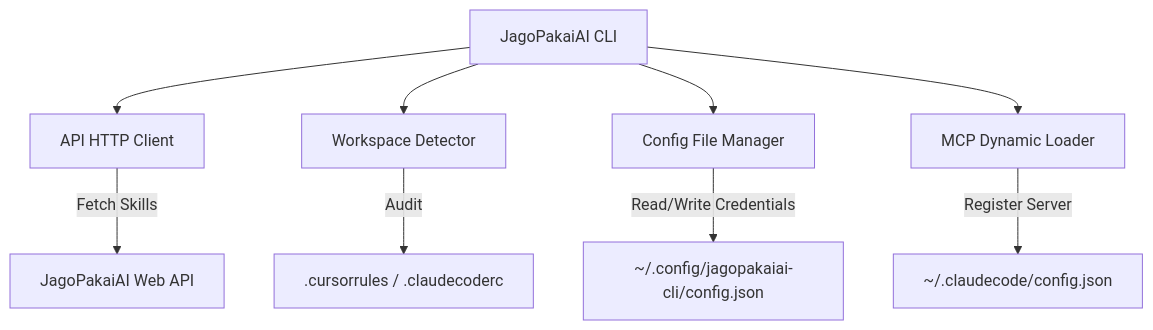
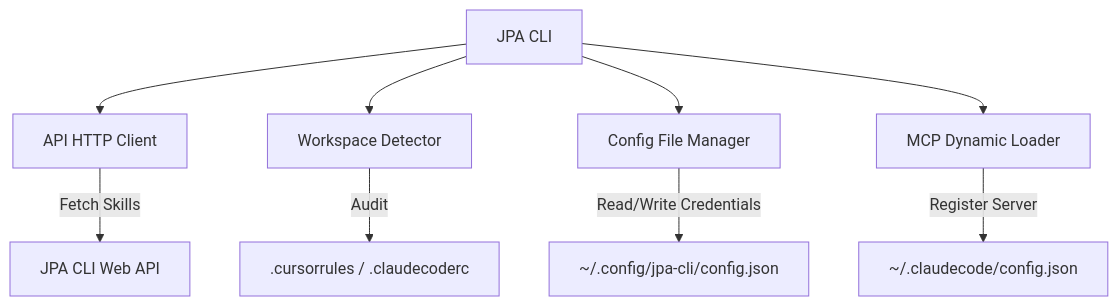
Before and after one commit to jagopakaiai/jpa-cli: the diagram in docs/architecture.md, drawn with Mermaid. The commit also changed other lines of this file and 35 other files, not shown here.

First line of the commit message:
rebrand: JagoPakaiAI CLI -> @jagopakaiai/jpa-cli v1.2.0

````diff
--- a/docs/architecture.md
+++ b/docs/architecture.md
@@ -11,12 +11,12 @@
 ```mermaid
 graph TD
-    CLI[JagoPakaiAI CLI] --> APIClient[API HTTP Client]
+    CLI[JPA CLI] --> APIClient[API HTTP Client]
     CLI --> Detector[Workspace Detector]
     CLI --> Config[Config File Manager]
     CLI --> MCPUtility[MCP Dynamic Loader]
     
-    APIClient -->|Fetch Skills| JagoAPI[JagoPakaiAI Web API]
+    APIClient -->|Fetch Skills| JagoAPI[JPA CLI Web API]
     Detector -->|Audit| Workspace[.cursorrules / .claudecoderc]
-    Config -->|Read/Write Credentials| GlobalStore[~/.config/jagopakaiai-cli/config.json]
+    Config -->|Read/Write Credentials| GlobalStore[~/.config/jpa-cli/config.json]
     MCPUtility -->|Register Server| ClaudeConfig[~/.claudecode/config.json]
 ```
````
